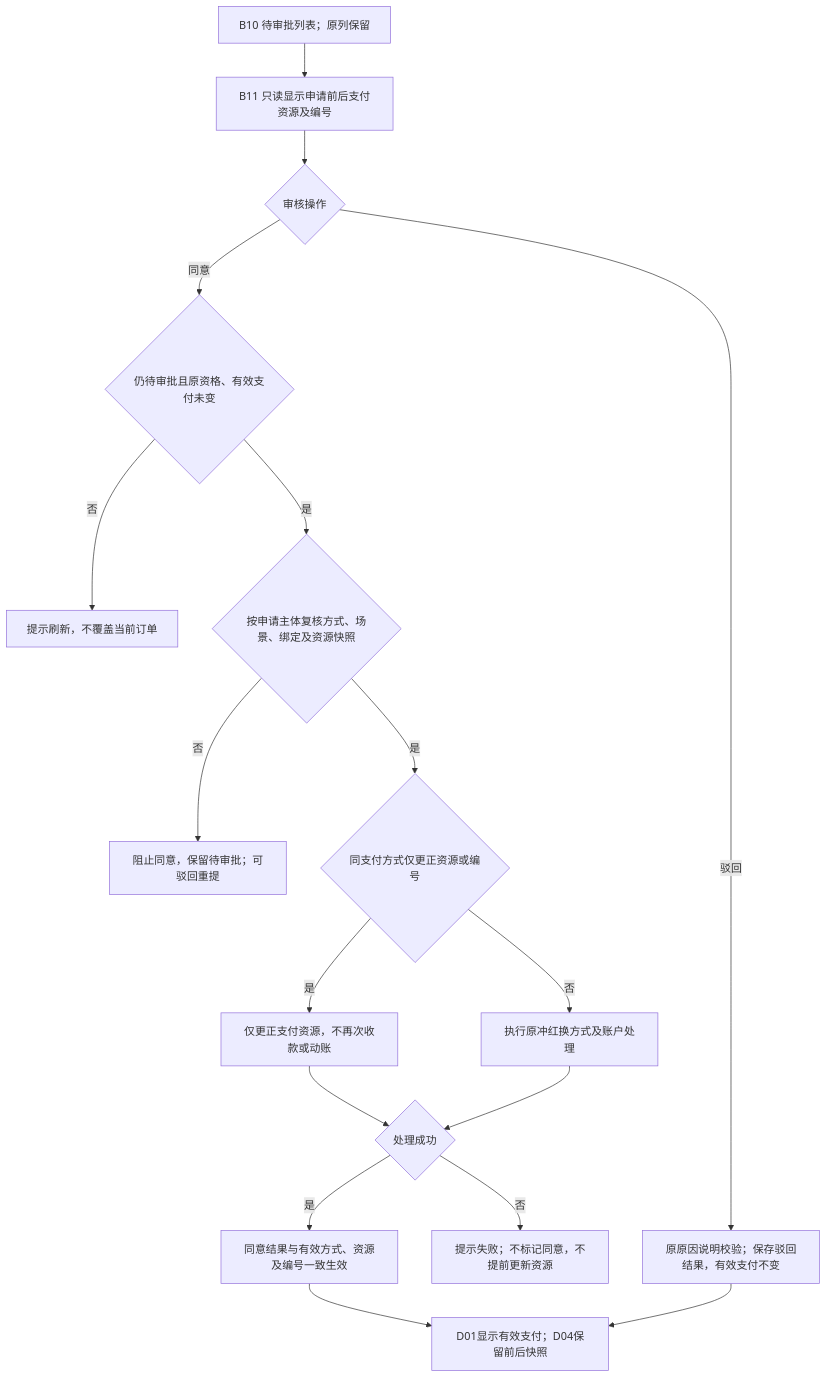
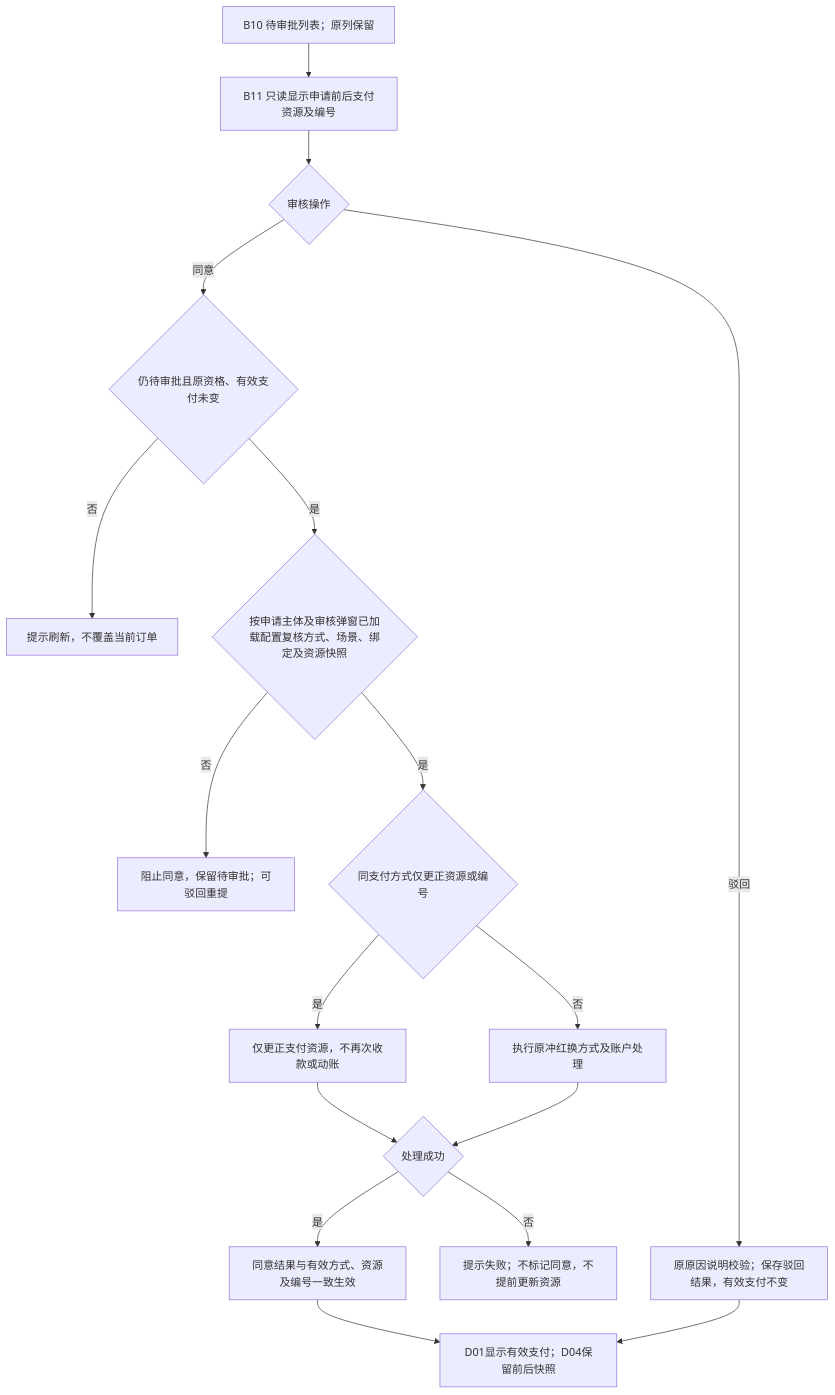
The tenth of 12 diagrams in dev-test-versions/2026-v3.6-payment-configuration-20261019/02-全程流程图.md (susantung/yanuoda), drawn with Mermaid before and after one commit. The commit also changed other lines of this file and 1205 other files, not shown here.

````diff
--- a/dev-test-versions/2026-v3.6-payment-configuration-20261019/02-全程流程图.md
+++ b/dev-test-versions/2026-v3.6-payment-configuration-20261019/02-全程流程图.md
@@ -268,19 +270,19 @@
 ```mermaid
 flowchart TB
   PENDING[B10 待审批列表；原列保留] --> MODAL[B11 只读显示申请前后支付资源及编号]
   MODAL --> ACTION{审核操作}
   ACTION -->|驳回| REJECT[原原因说明校验；保存驳回结果，有效支付不变]
   ACTION -->|同意| STATE{仍待审批且原资格、有效支付未变}
   STATE -->|否| STOP[提示刷新，不覆盖当前订单]
-  STATE -->|是| VALID{按申请主体复核方式、场景、绑定及资源快照}
+  STATE -->|是| VALID{按申请主体及审核弹窗已加载配置复核方式、场景、绑定及资源快照}
   VALID -->|否| INVALID[阻止同意，保留待审批；可驳回重提]
   VALID -->|是| SAME{同支付方式仅更正资源或编号}
   SAME -->|是| RESOURCE[仅更正支付资源，不再次收款或动账]
   SAME -->|否| ORIGINAL[执行原冲红换方式及账户处理]
   RESOURCE --> SUCCESS{处理成功}
   ORIGINAL --> SUCCESS
   SUCCESS -->|否| FAIL[提示失败；不标记同意，不提前更新资源]
   SUCCESS -->|是| EFFECT[同意结果与有效方式、资源及编号一致生效]
   EFFECT --> DETAIL[D01显示有效支付；D04保留前后快照]
   REJECT --> DETAIL
 ```
````
